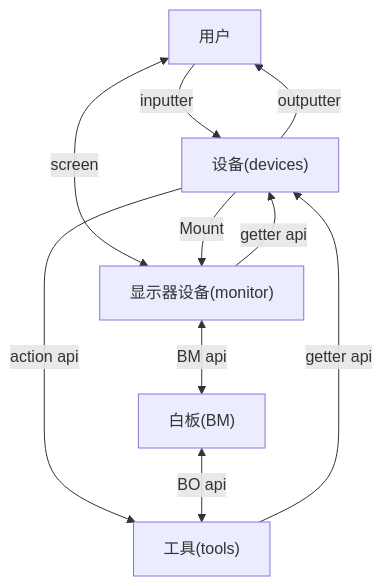
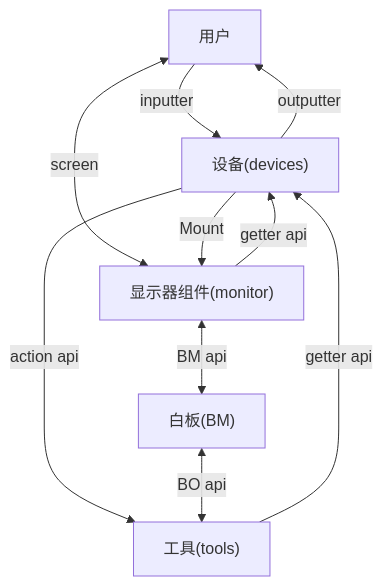
Before and after one commit to Frank-Steven/HoundWhiteboard: the fourth of 5 diagrams in src/core/devices/device-document.md, drawn with Mermaid. The commit also changed other lines of this file and 6 other files, not shown here.

````diff
--- a/src/core/devices/device-document.md
+++ b/src/core/devices/device-document.md
@@ -88,17 +84,17 @@
 ```mermaid
 graph TD
   A[用户]
-  B["显示器设备(monitor)"]
+  B["显示器组件(monitor)"]
   C["设备(devices)"]
   D["工具(tools)"]
   E["白板(BM)"]
   A-->|inputter|C
   C-->|outputter|A
   A<-->|screen|B
   C-->|Mount|B
   B-->|getter api|C
   B<-->|BM api|E
   C-->|action api|D
   D-->|getter api|C
   E<-->|BO api|D
 ```
````
